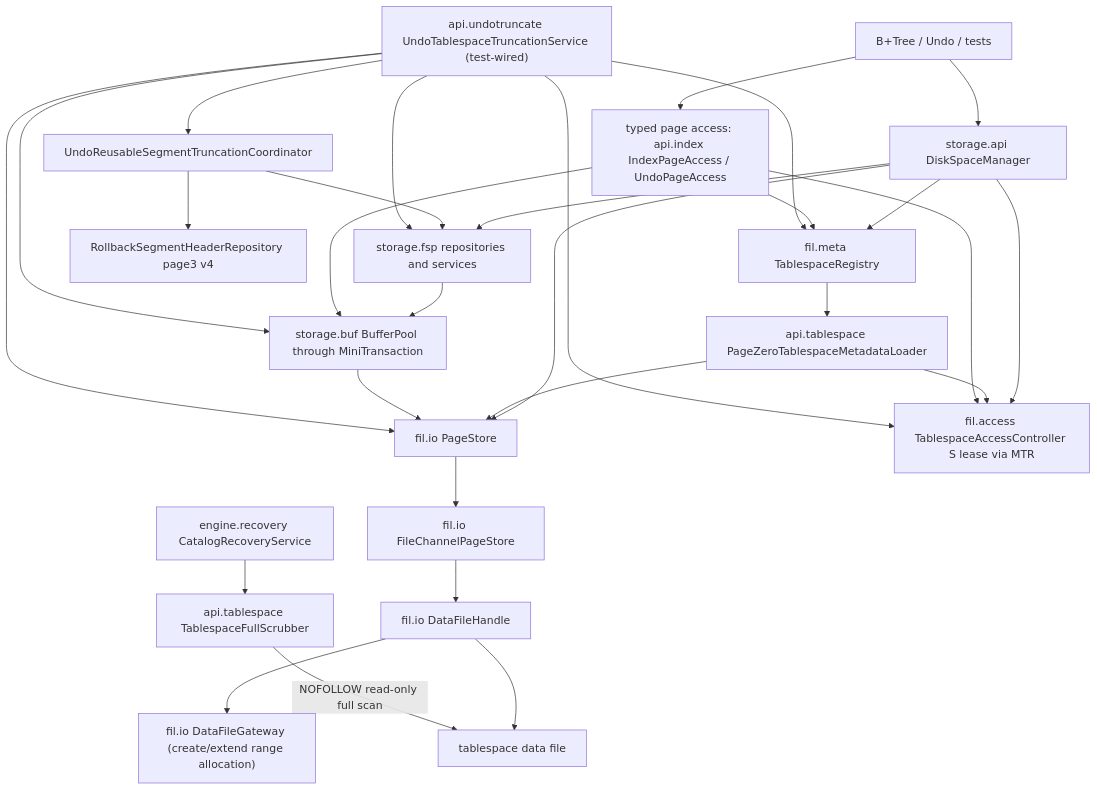
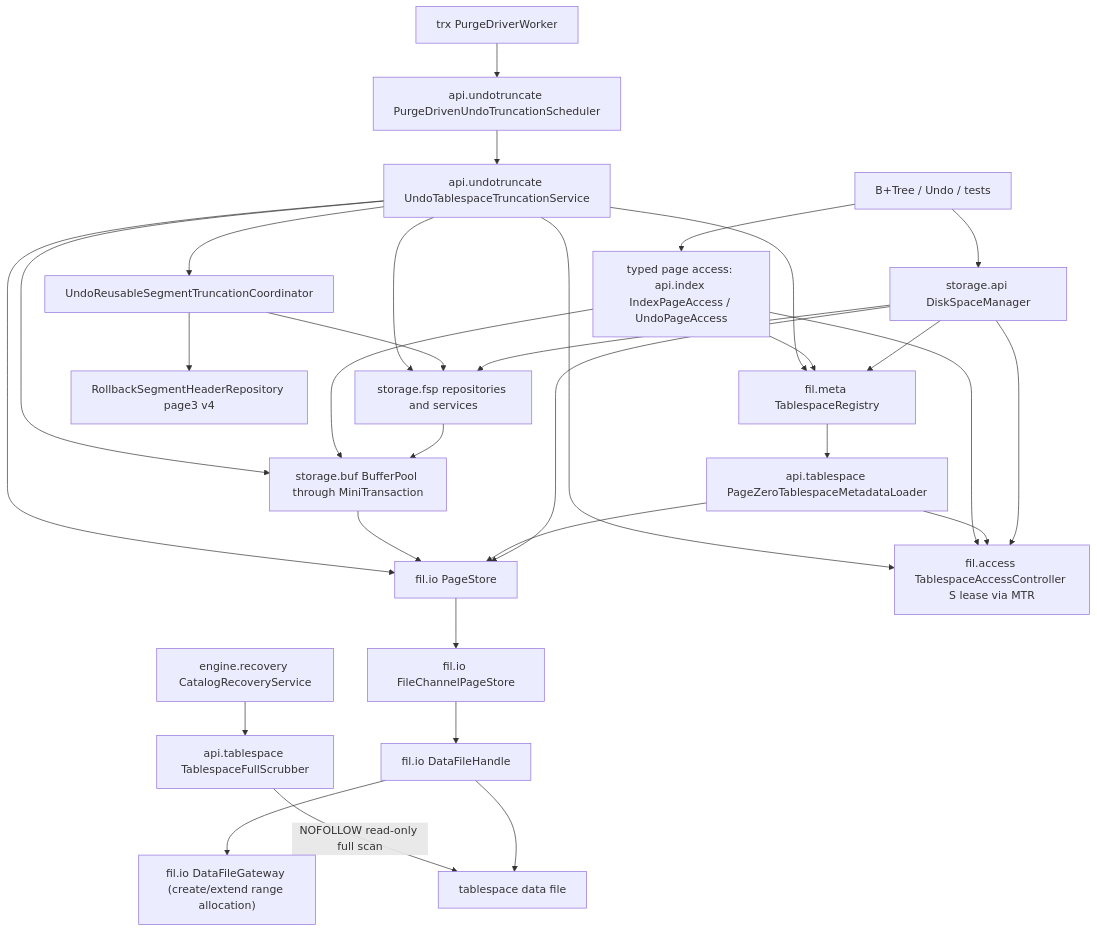
Before and after one commit to mywnlb/dbtest: the first of 11 diagrams in docs/design/current-implementation-map.md, drawn with Mermaid. The commit also changed other lines of this file and 26 other files, not shown here.

Commit message:
feat(storage): drive undo truncation from purge

````diff
--- a/docs/design/current-implementation-map.md
+++ b/docs/design/current-implementation-map.md
@@ -17,35 +17,37 @@
 ```mermaid
 flowchart TD
   Upper["B+Tree / Undo / tests"] --> DSM["storage.api DiskSpaceManager"]
   Upper --> PageAccess["typed page access: api.index IndexPageAccess / UndoPageAccess"]
 
   DSM --> FSP["storage.fsp repositories and services"]
   DSM --> Store["fil.io PageStore"]
   DSM --> Registry["fil.meta TablespaceRegistry"]
   DSM --> Access["fil.access TablespaceAccessController S lease via MTR"]
   Registry --> Loader["api.tablespace PageZeroTablespaceMetadataLoader"]
   Loader --> Access
   Loader --> Store
   FSP --> BP["storage.buf BufferPool through MiniTransaction"]
   PageAccess --> BP
   PageAccess --> Access
   PageAccess --> Registry
   BP --> Store
   Store --> ChannelStore["fil.io FileChannelPageStore"]
   ChannelStore --> Handle["fil.io DataFileHandle"]
   Handle --> Gateway["fil.io DataFileGateway (create/extend range allocation)"]
   Handle --> DataFile["tablespace data file"]
 
   OfflineRecovery["engine.recovery CatalogRecoveryService"] --> Scrubber["api.tablespace TablespaceFullScrubber"]
   Scrubber -->|"NOFOLLOW read-only full scan"| DataFile
 
-  Truncate["api.undotruncate UndoTablespaceTruncationService (test-wired)"] --> Access
+  PurgeDriver["trx PurgeDriverWorker"] --> Scheduler["api.undotruncate PurgeDrivenUndoTruncationScheduler"]
+  Scheduler --> Truncate["api.undotruncate UndoTablespaceTruncationService"]
+  Truncate --> Access
   Truncate --> UndoCache["UndoReusableSegmentTruncationCoordinator"]
   UndoCache --> RsegPage3["RollbackSegmentHeaderRepository page3 v4"]
   UndoCache --> FSP
   Truncate --> Registry
   Truncate --> FSP
   Truncate --> BP
   Truncate --> Store
 
 ```
````
